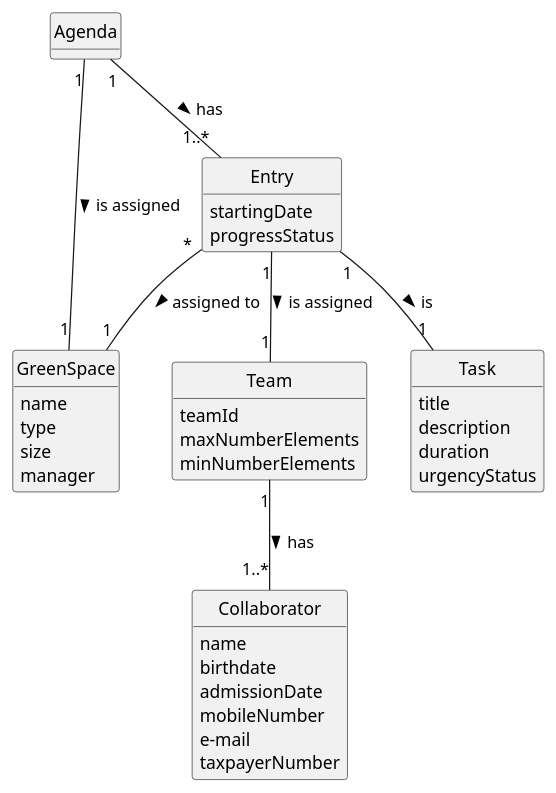
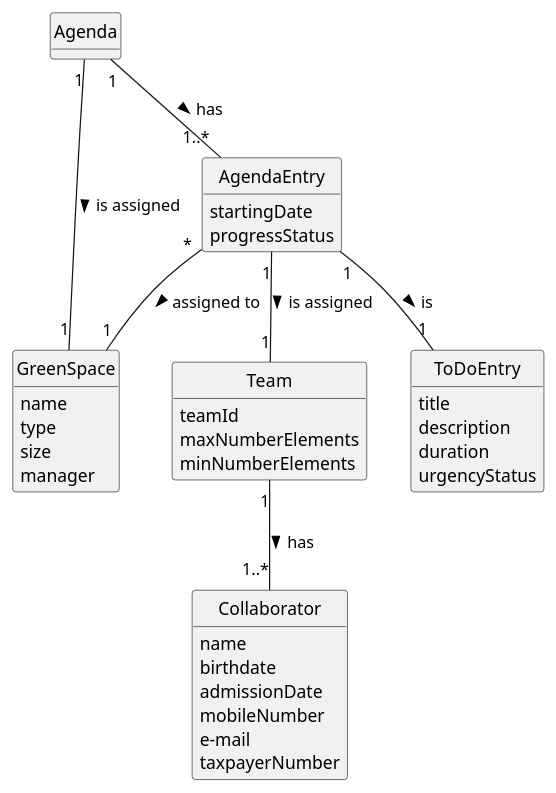
One commit to ricardomm7/leaflink changed the diagram in docs/sprintC/us024/02.analysis/puml/us024-domain-model.puml. Above: the diagram before and after it, drawn with PlantUML. The commit also changed 20 other files, not shown here.

```diff
--- a/docs/sprintC/us024/02.analysis/puml/us024-domain-model.puml
+++ b/docs/sprintC/us024/02.analysis/puml/us024-domain-model.puml
@@ -1,70 +1,70 @@
 @startuml
 skinparam monochrome true
 skinparam packageStyle rectangle
 skinparam shadowing false
 
 'left to right direction
 
 skinparam classAttributeIconSize 0
 
 hide circle
 hide methods
 
 
 class Collaborator {
     name
     birthdate
     admissionDate
     mobileNumber
     e-mail
     taxpayerNumber
 }
 
 class Team {
     teamId
     maxNumberElements
     minNumberElements
 }
 
 class GreenSpace{
 name
 type
 size
 manager
 
 }
 
-class Entry {
+class AgendaEntry {
     startingDate
     progressStatus
 
 }
 
 
-class Task {
+class ToDoEntry {
     title
     description
     duration
     urgencyStatus
 
 
 }
 
 class Agenda{
 }
 
-Agenda "1" -- "1..*" Entry: has >
+Agenda "1" -- "1..*" AgendaEntry: has >
 
-Entry "1" -- "1" Task: is >
+AgendaEntry "1" -- "1" ToDoEntry: is >
 
-Entry "*" -- "1" GreenSpace : assigned to >
+AgendaEntry "*" -- "1" GreenSpace : assigned to >
 
-Entry "1" -- "1" Team : is assigned >
+AgendaEntry "1" -- "1" Team : is assigned >
 
 Team "1" -- "1..*" Collaborator : has >
 
 Agenda "1" -- "1" GreenSpace : is assigned >
 
 
 
 @enduml
```
